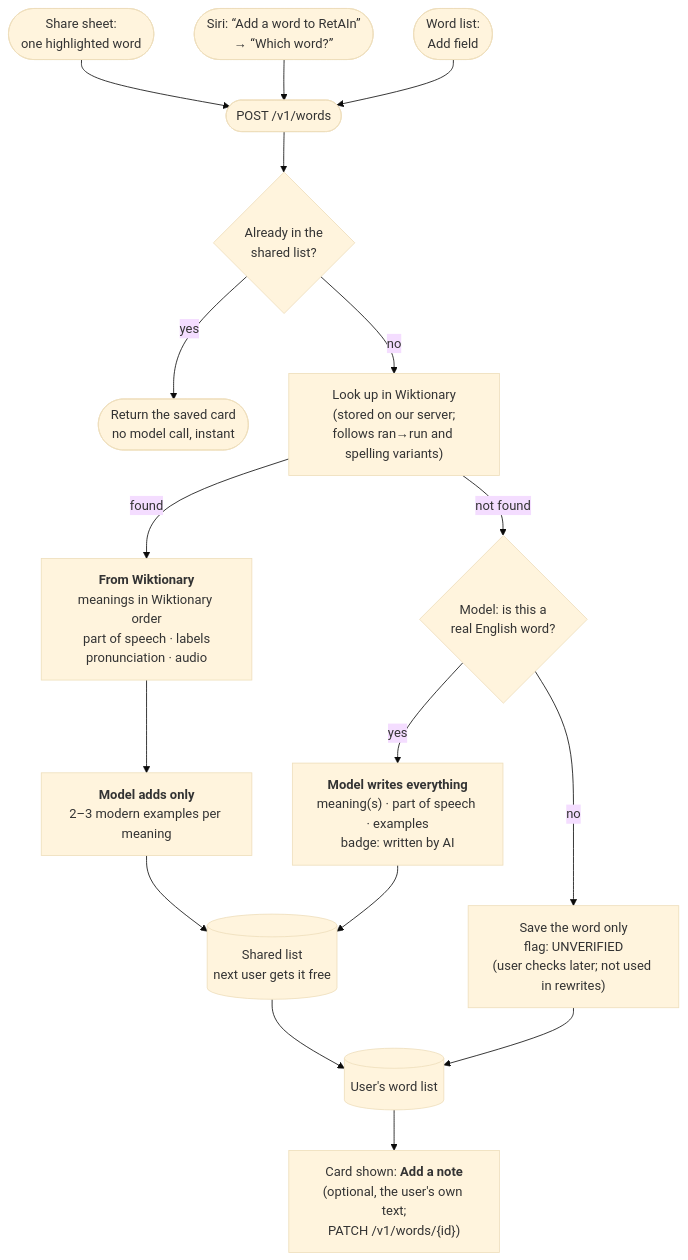
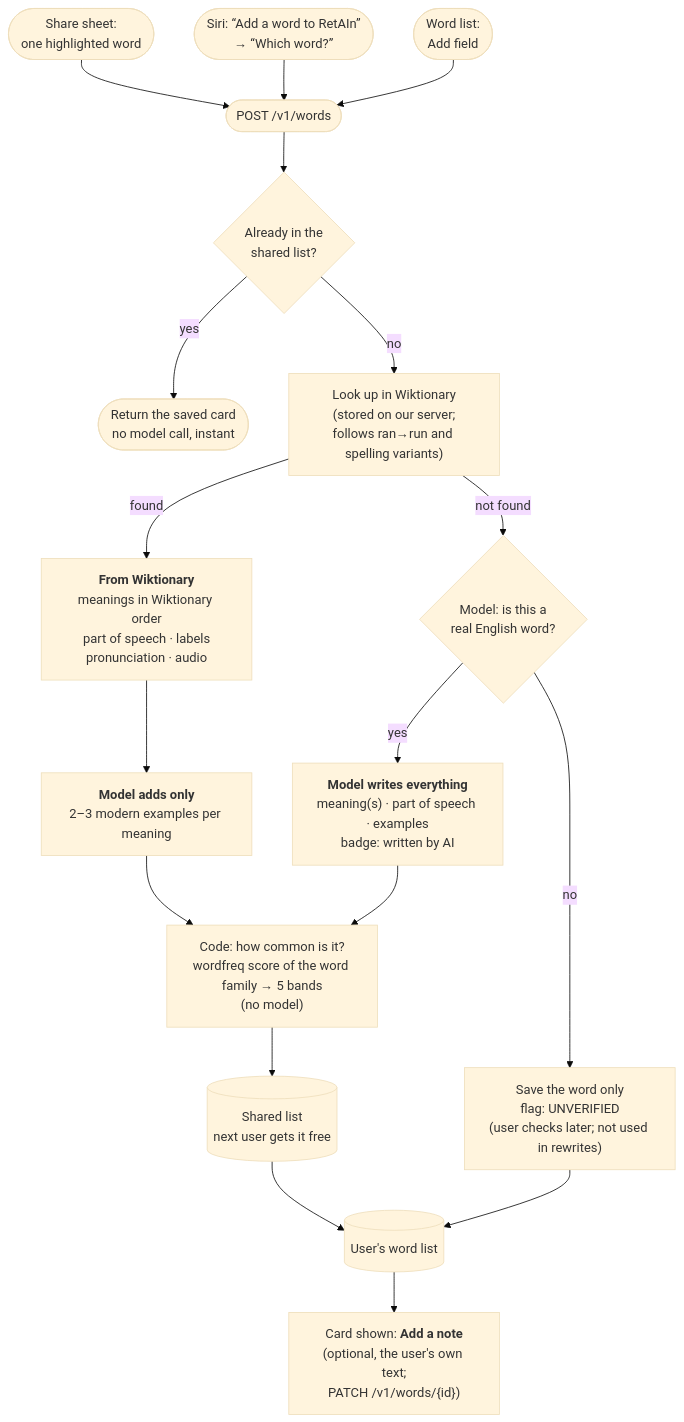
The diagram in diagrams/flow-save-a-word.md (nurgazik/RetAIn), drawn with Mermaid (base theme) before and after one commit. The commit also changed other lines of this file and 14 other files, not shown here.

First line of the commit message:
D61: how common a word is, on every card

````diff
--- a/diagrams/flow-save-a-word.md
+++ b/diagrams/flow-save-a-word.md
@@ -6,19 +6,20 @@
 ```mermaid
 flowchart TD
     SH([Share sheet:<br/>one highlighted word]) --> A
     SI(["Siri: “Add a word to RetAIn”<br/>→ “Which word?”"]) --> A
     WL([Word list:<br/>Add field]) --> A
     A([POST /v1/words]) --> B{Already in the<br/>shared list?}
     B -- yes --> Z([Return the saved card<br/>no model call, instant])
     B -- no --> C["Look up in Wiktionary<br/>(stored on our server;<br/>follows ran→run and spelling variants)"]
     C -- found --> D["<b>From Wiktionary</b><br/>meanings in Wiktionary order<br/>part of speech · labels<br/>pronunciation · audio"]
     D --> E["<b>Model adds only</b><br/>2–3 modern examples per meaning"]
     C -- not found --> F{"Model: is this a<br/>real English word?"}
     F -- yes --> G["<b>Model writes everything</b><br/>meaning(s) · part of speech · examples<br/>badge: written by AI"]
     F -- no --> H["Save the word only<br/>flag: UNVERIFIED<br/>(user checks later; not used in rewrites)"]
-    E --> S[("Shared list<br/>next user gets it free")]
-    G --> S
+    E --> R["Code: how common is it?<br/>wordfreq score of the word family → 5 bands<br/>(no model)"]
+    G --> R
+    R --> S[("Shared list<br/>next user gets it free")]
     S --> U[("User's word list")]
     H --> U
     U --> N["Card shown: <b>Add a note</b><br/>(optional, the user's own text;<br/>PATCH /v1/words/{id})"]
 ```
````
